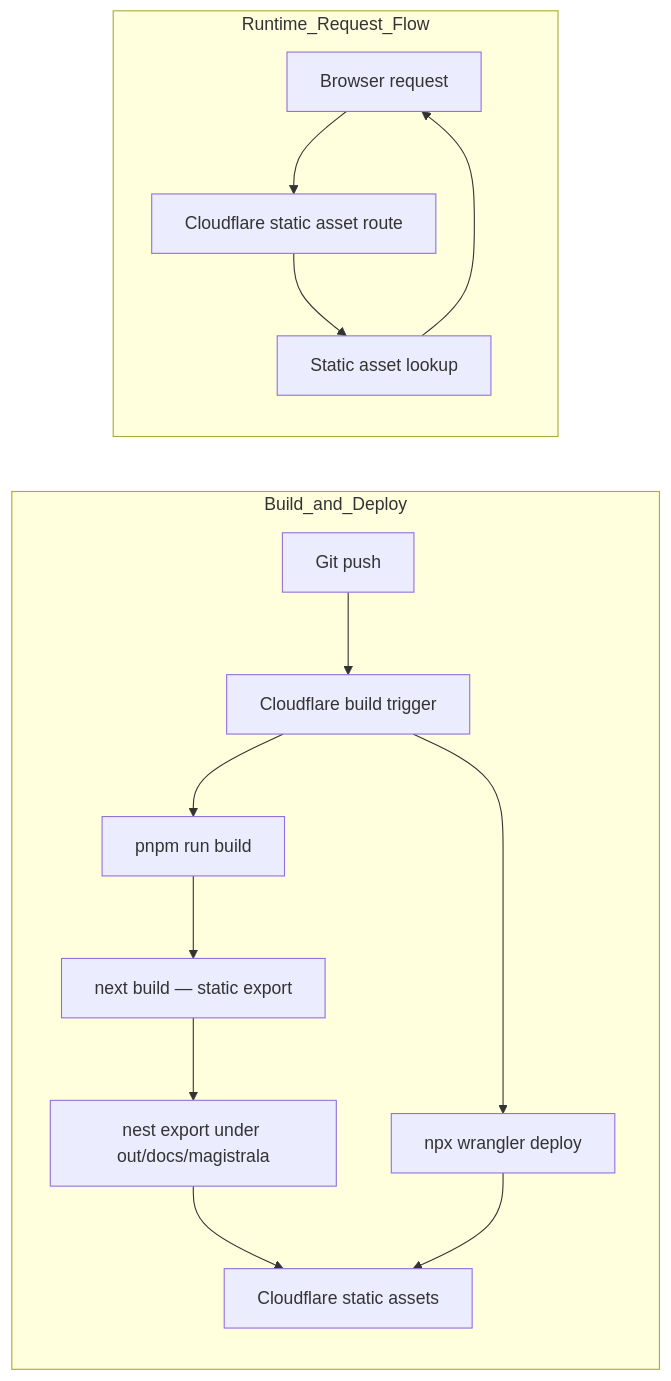
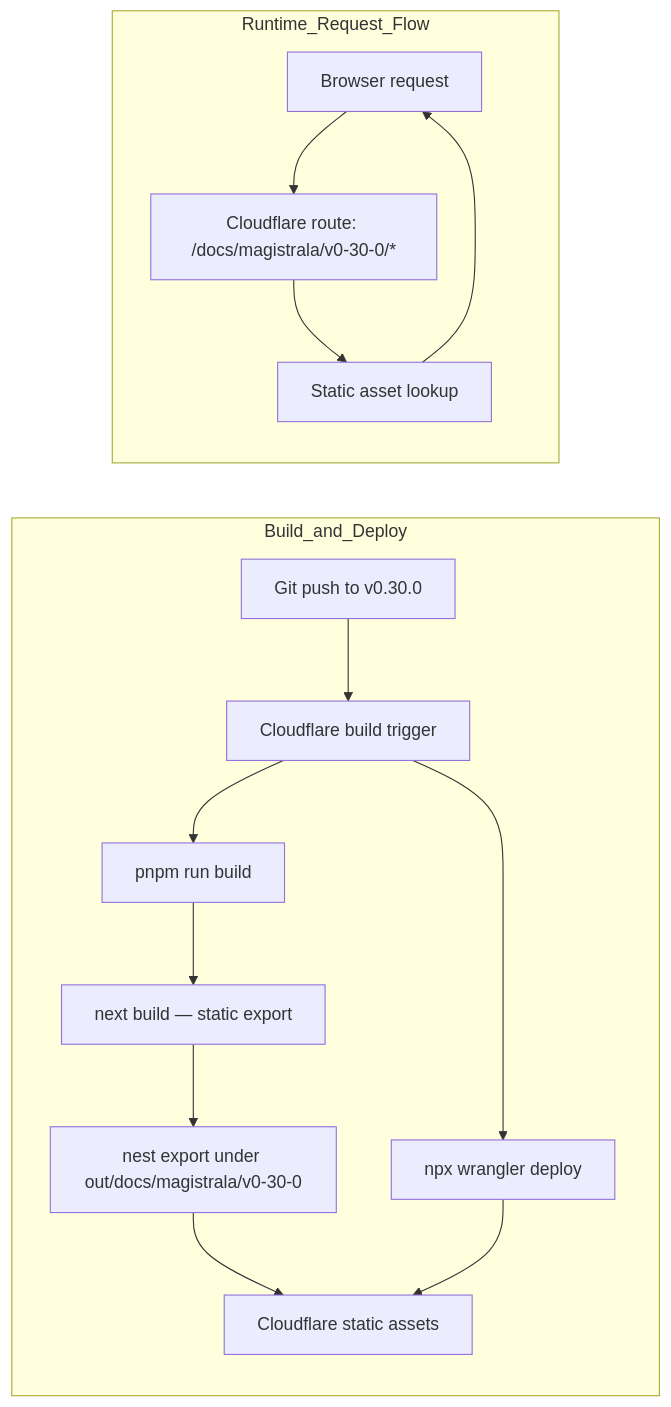
One commit to absmach/magistrala-docs changed the diagram in README.md. Above: the diagram before and after it, drawn with Mermaid. The commit also changed other lines of this file and 10 other files, not shown here.

````diff
--- a/README.md
+++ b/README.md
@@ -34,18 +39,18 @@
 ```mermaid
 flowchart LR
   subgraph Build_and_Deploy
-    A[Git push] --> B[Cloudflare build trigger]
+    A[Git push to v0.30.0] --> B[Cloudflare build trigger]
     B --> C[pnpm run build]
     C --> D[next build — static export]
-    D --> E[nest export under out/docs/magistrala]
+    D --> E[nest export under out/docs/magistrala/v0-30-0]
     B --> F[npx wrangler deploy]
     E --> G[Cloudflare static assets]
     F --> G
   end
 
   subgraph Runtime_Request_Flow
-    U[Browser request] --> H[Cloudflare static asset route]
+    U[Browser request] --> H[Cloudflare route: /docs/magistrala/v0-30-0/*]
     H --> J[Static asset lookup]
     J --> U
   end
 ```
````
